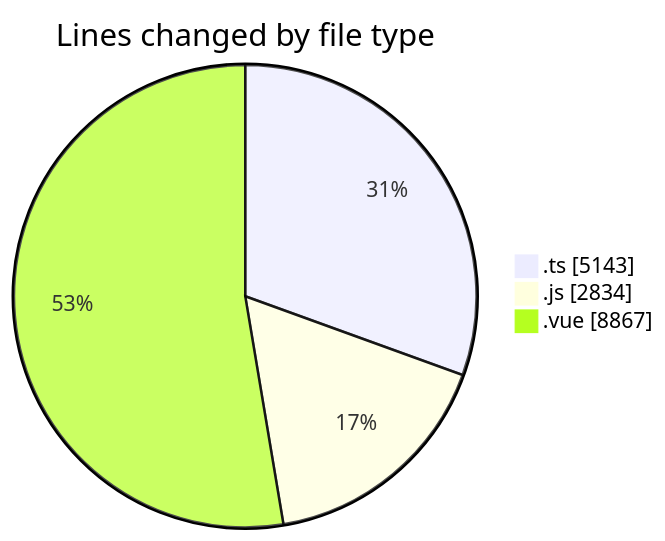
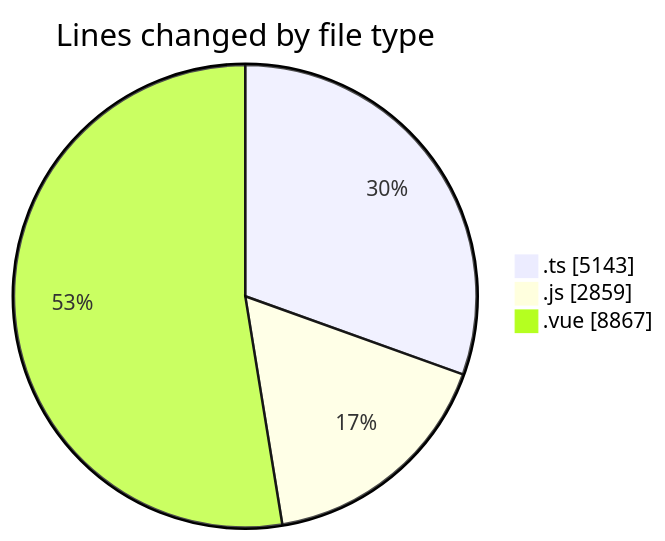
One commit to lephambinh05/code-tracking changed the first of 2 diagrams in 2025-08-16/rentotp/README.md. Above: the diagram before and after it, drawn with Mermaid. The commit also changed other lines of this file and 1 other file, not shown here.

````diff
--- a/2025-08-16/rentotp/README.md
+++ b/2025-08-16/rentotp/README.md
@@ -70,7 +71,7 @@
 ```mermaid
 pie showData
 title Lines changed by file type
 ".ts" : 5143
-".js" : 2834
+".js" : 2859
 ".vue" : 8867
 ```
````
